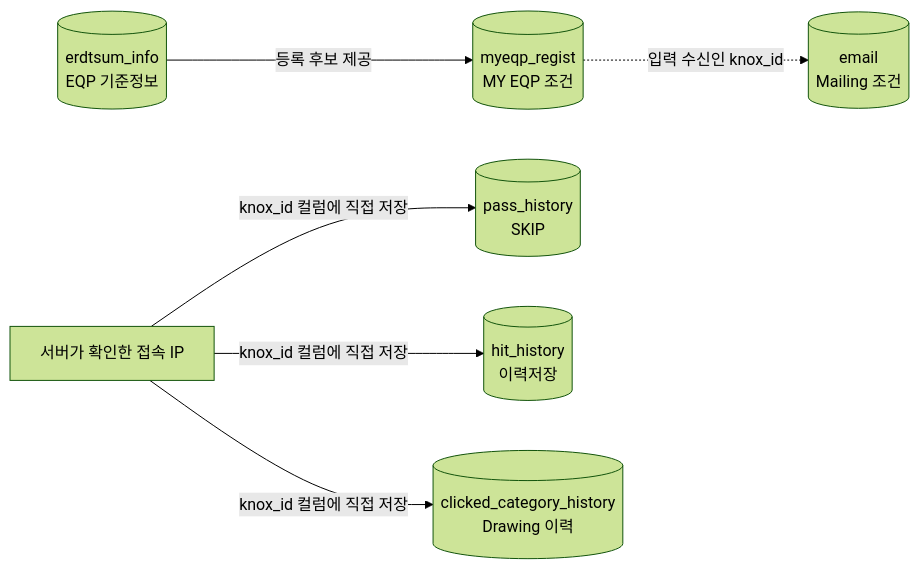
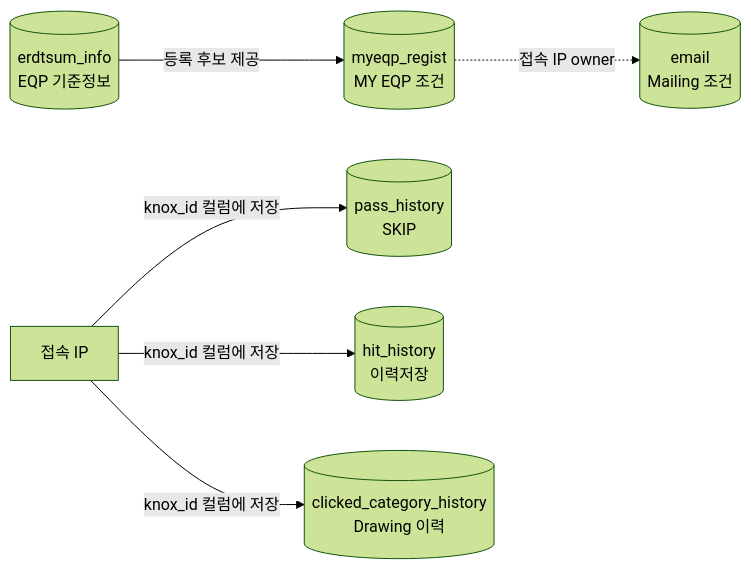
Diagram 11 of 12 in web_structure.md (mlbarod/l0_spider_scs), drawn with Mermaid (forest theme) before and after one commit. The commit also changed other lines of this file and 30 other files, not shown here.

````diff
--- a/web_structure.md
+++ b/web_structure.md
@@ -535,16 +535,16 @@
 ```mermaid
 flowchart LR
-    IP["서버가 확인한 접속 IP"]
+    IP["접속 IP"]
     REF[("erdtsum_info<br/>EQP 기준정보")]
     EMAIL[("email<br/>Mailing 조건")]
     MY[("myeqp_regist<br/>MY EQP 조건")]
     PASS[("pass_history<br/>SKIP")]
     HIT[("hit_history<br/>이력저장")]
     CLICK[("clicked_category_history<br/>Drawing 이력")]
 
-    IP -->|"knox_id 컬럼에 직접 저장"| PASS
-    IP -->|"knox_id 컬럼에 직접 저장"| HIT
-    IP -->|"knox_id 컬럼에 직접 저장"| CLICK
+    IP -->|"knox_id 컬럼에 저장"| PASS
+    IP -->|"knox_id 컬럼에 저장"| HIT
+    IP -->|"knox_id 컬럼에 저장"| CLICK
     REF -->|"등록 후보 제공"| MY
-    MY -.->|"입력 수신인 knox_id"| EMAIL
+    MY -.->|"접속 IP owner"| EMAIL
 ```
````
